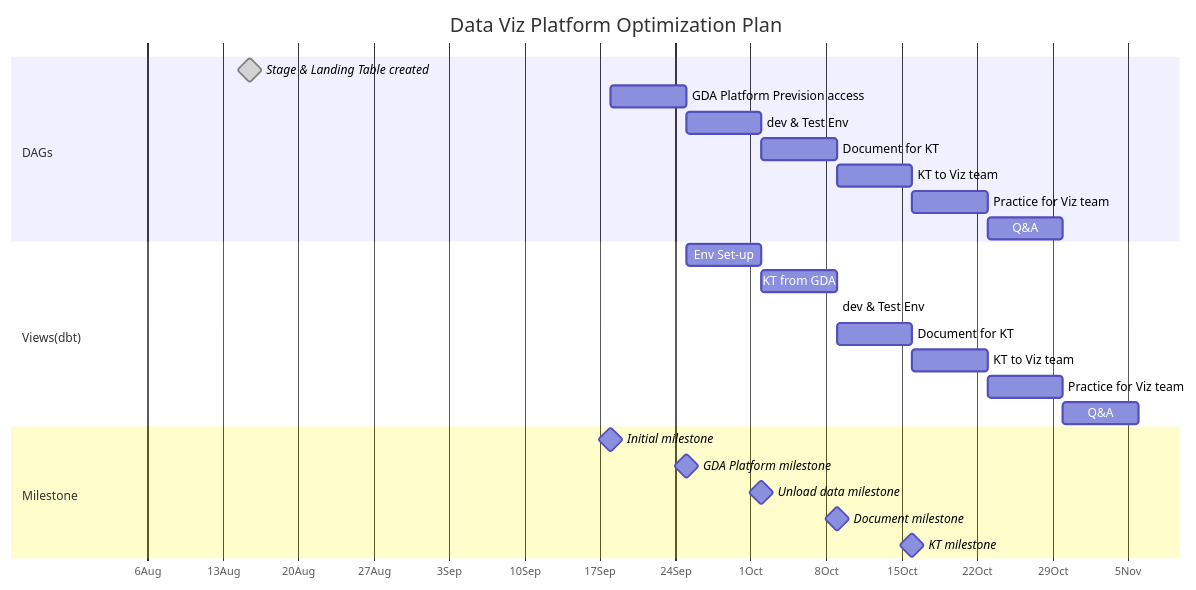
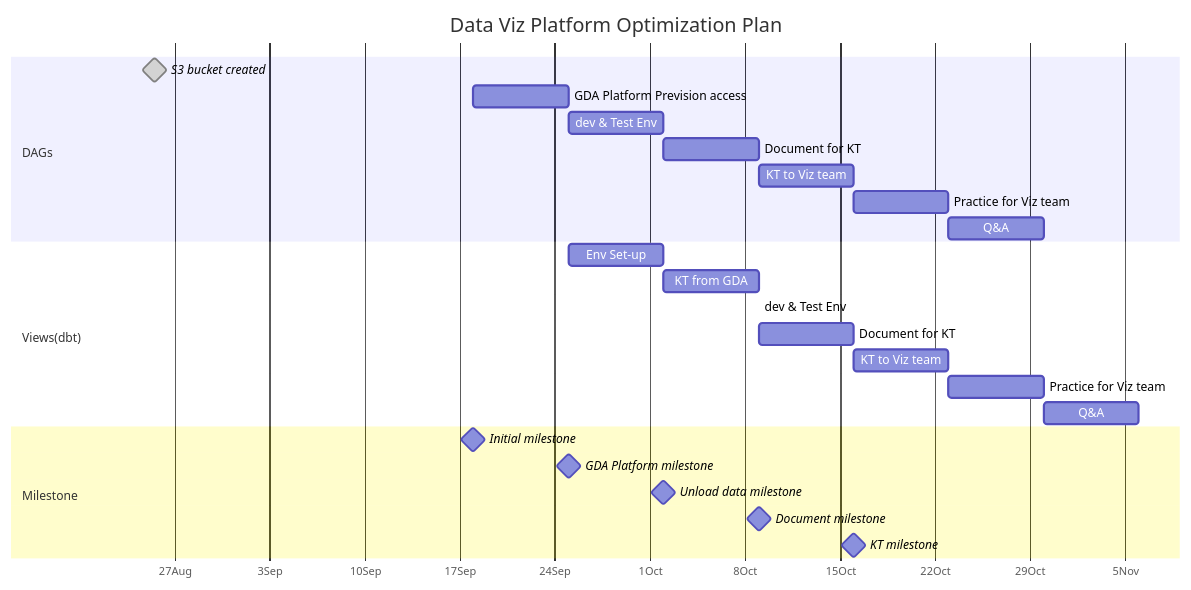
The diagram in Plan.md (Jamesxuxiao/plan), drawn with Mermaid before and after one commit.

````diff
--- a/Plan.md
+++ b/Plan.md
@@ -6,38 +6,38 @@
 ```mermaid
 gantt
     dateFormat  YYYY-MM-DD
     title       Data Viz Platform Optimization Plan
     axisFormat %e%b
     todayMarker on
     %%excludes    weekends
     tickInterval 1week
     %% (`excludes` accepts specific dates in YYYY-MM-DD format, days of the week ("sunday") or "weekends", but not the word "weekdays".)
 
 
     section A ridiculously <br> long section <br> name
 
     section DAGs
-    Stage & Landing Table created      : milestone, done, 2023-08-01, 2023-08-30
+    S3 bucket created: milestone, done, des10, 2023-08-21, 2023-08-30
     GDA Platform Prevision access    :  des11, after m0, 1w
     dev & Test Env              :    des12, after des11, 1w
     Document for KT             :    des13, after des12, 1w
     KT to Viz team              :    des14, after des13, 1w
     Practice for Viz team       :    des15, after des14, 1w
     Q&A                         :    des16, after des15, 1w
 
     section Views(dbt)
     Env Set-up                  :    des41, after des11, 1w
     KT from GDA                 :    des42, after des41, 1w
     dev & Test Env              :    des43, after des42,des13 1w
     Document for KT             :    des44, after des43, 1w
     KT to Viz team              :    des45, after des44, 1w
     Practice for Viz team       :    des46, after des45, 1w
     Q&A                         :    des47, after des46, 1w
 
     section Milestone
     Initial milestone           : milestone, m0, 2023-09-18,2min
     GDA Platform milestone      : milestone, m1, after des11, 2min
     Unload data milestone       : milestone, m2, after des12, 2min
     Document milestone          : milestone, m3, after des13, 2min
     KT milestone                : milestone, m5, after des14, 2min
 ```
````
